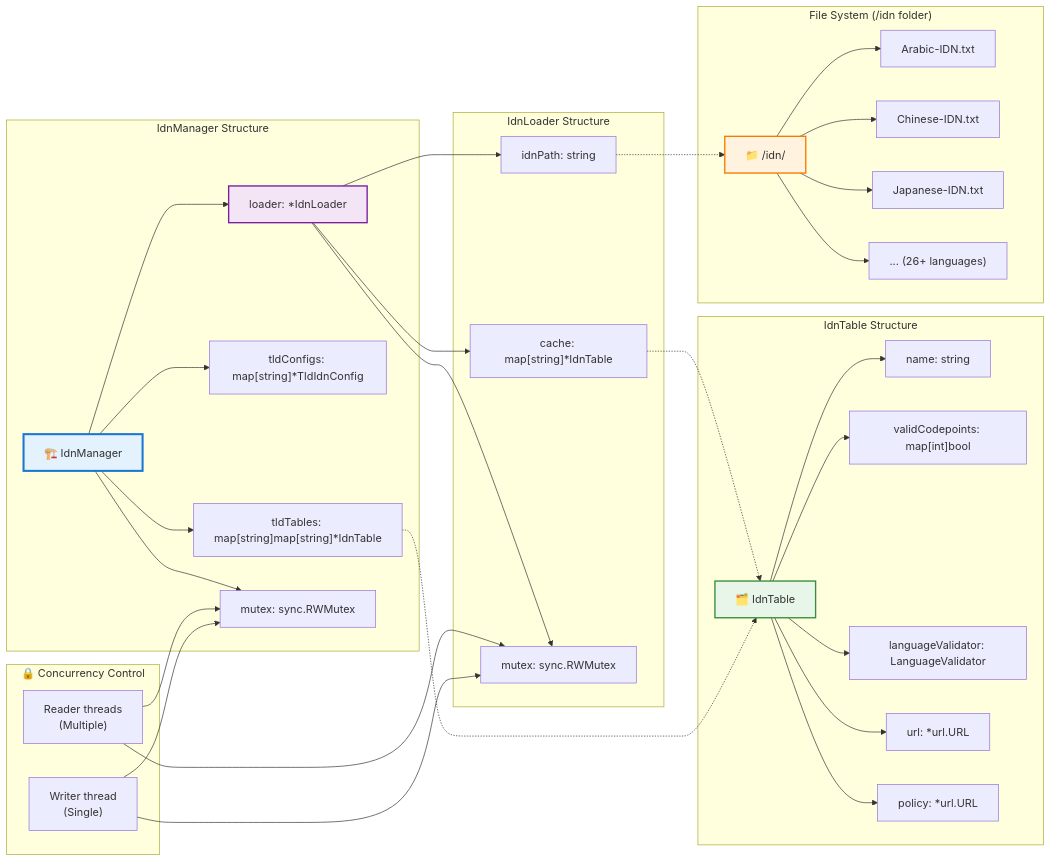
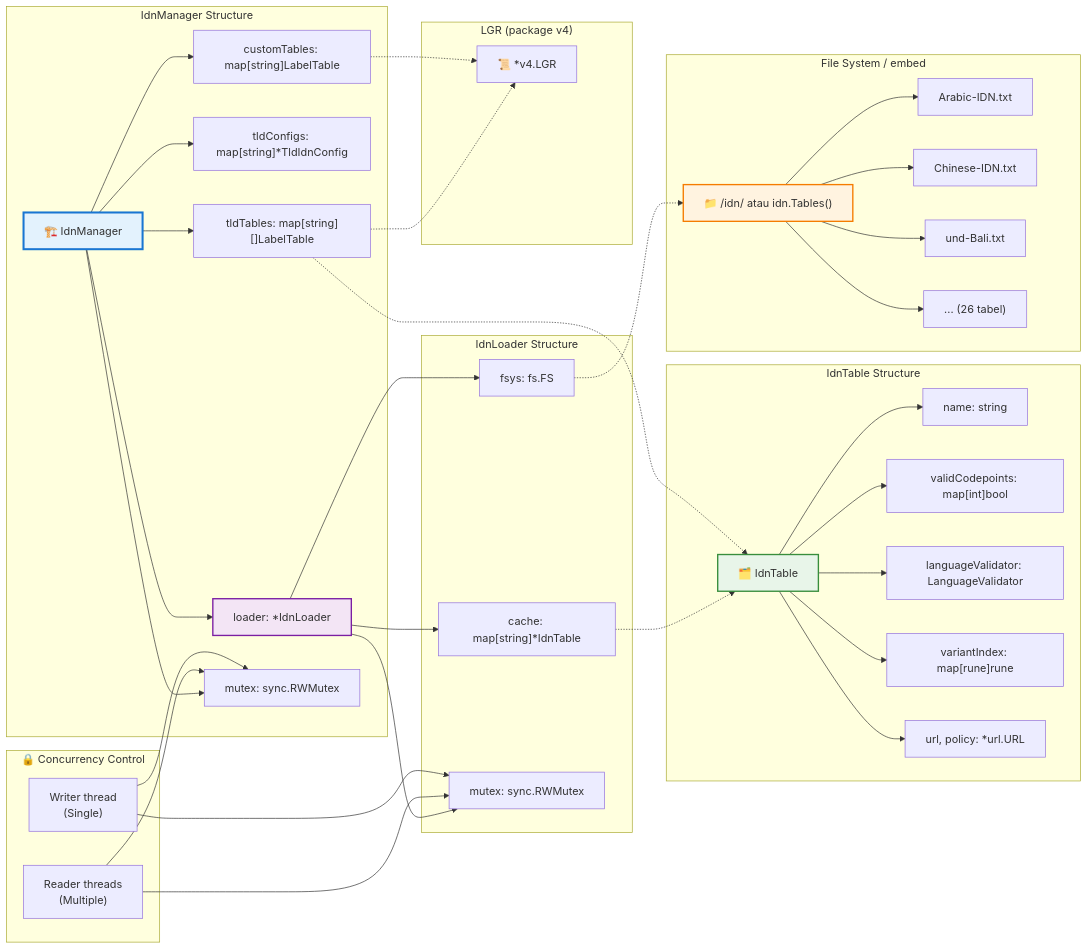
The third of 4 diagrams in doc/Notes.md (teknispandi/idn), drawn with Mermaid before and after one commit. The commit also changed other lines of this file and 17 other files, not shown here.

Commit message:
variants label

````diff
--- a/doc/Notes.md
+++ b/doc/Notes.md
@@ -206,55 +273,62 @@
 ```mermaid
 flowchart LR
     %% === Data Structure Overview ===
     subgraph "IdnManager Structure"
         IDM["🏗️ IdnManager"]
         IDM --> LOADER["loader: *IdnLoader"]
         IDM --> CONFIGS["tldConfigs: map[string]*TldIdnConfig"]
-        IDM --> TABLES["tldTables: map[string]map[string]*IdnTable"]
+        IDM --> TABLES["tldTables: map[string][]LabelTable"]
+        IDM --> CUSTOM["customTables: map[string]LabelTable"]
         IDM --> MUTEX1["mutex: sync.RWMutex"]
     end
 
     subgraph "IdnLoader Structure" 
-        LOADER --> PATH["idnPath: string"]
+        LOADER --> PATH["fsys: fs.FS"]
         LOADER --> CACHE["cache: map[string]*IdnTable"]
         LOADER --> MUTEX2["mutex: sync.RWMutex"]
     end
 
     subgraph "IdnTable Structure"
         TABLE["🗂️ IdnTable"]
         TABLE --> NAME["name: string"]
         TABLE --> CODEPOINTS["validCodepoints: map[int]bool"]
         TABLE --> VALIDATOR["languageValidator: LanguageValidator"]
-        TABLE --> URL["url: *url.URL"]
-        TABLE --> POLICY["policy: *url.URL"]
+        TABLE --> VARIANTS["variantIndex: map[rune]rune"]
+        TABLE --> URL["url, policy: *url.URL"]
+    end
+
+    subgraph "LGR (package v4)"
+        LGR["📜 *v4.LGR"]
     end
 
     %% === File System Interaction ===
-    subgraph "File System (/idn folder)"
-        FILES["📁 /idn/"]
+    subgraph "File System / embed"
+        FILES["📁 /idn/ atau idn.Tables()"]
         FILES --> AR["Arabic-IDN.txt"]
         FILES --> CH["Chinese-IDN.txt"]
-        FILES --> JP["Japanese-IDN.txt"]
-        FILES --> MORE["... (26+ languages)"]
+        FILES --> BA["und-Bali.txt"]
+        FILES --> MORE["... (26 tabel)"]
     end
 
     %% === Connections ===
     CACHE -.-> TABLE
     TABLES -.-> TABLE
+    TABLES -.-> LGR
+    CUSTOM -.-> LGR
     PATH -.-> FILES
     
     %% === Concurrency Flow ===
     subgraph "🔒 Concurrency Control"
         RW1["Reader threads<br/>(Multiple)"]
         RW2["Writer thread<br/>(Single)"]
         RW1 --> MUTEX1
         RW2 --> MUTEX1
         RW1 --> MUTEX2
         RW2 --> MUTEX2
     end
 
     style IDM fill:#e3f2fd,stroke:#1976d2,stroke-width:3px
     style LOADER fill:#f3e5f5,stroke:#7b1fa2,stroke-width:2px  
     style TABLE fill:#e8f5e9,stroke:#388e3c,stroke-width:2px
     style FILES fill:#fff3e0,stroke:#f57c00,stroke-width:2px
 ```
````
